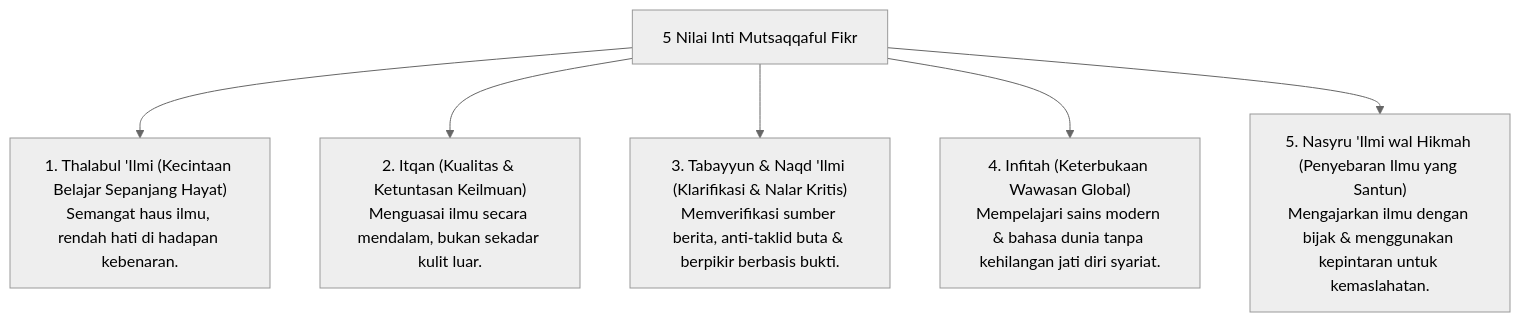
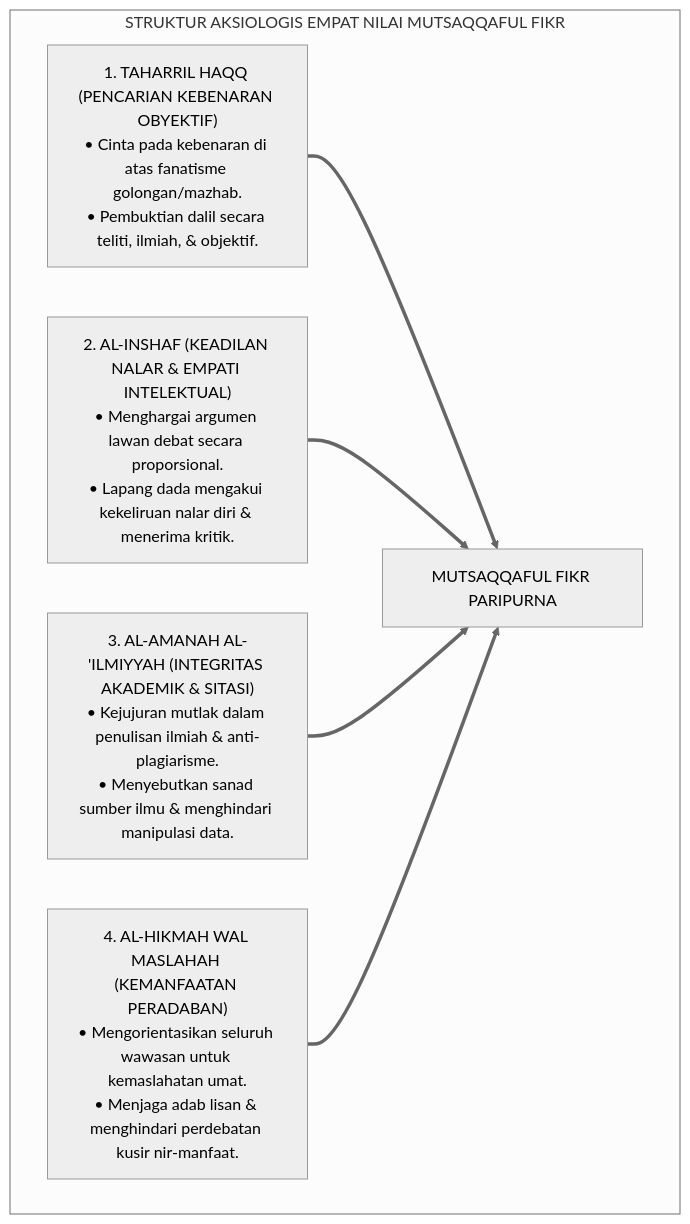
The sixth of 7 diagrams in 03 Capacity Framework/08 Mutsaqqaful Fikr/P3-08-04-Nilai-Inti-dan-Prinsip-Intelektual.md (wandiapriliyandi/tumbuh), drawn with Mermaid (neutral theme) before and after one commit. The commit also changed other lines of this file and 14 other files, not shown here.

Commit message:
docs(03-capacity): complete 15 research monographs for 08 Mutsaqqaful Fikr

````diff
--- a/03 Capacity Framework/08 Mutsaqqaful Fikr/P3-08-04-Nilai-Inti-dan-Prinsip-Intelektual.md
+++ b/03 Capacity Framework/08 Mutsaqqaful Fikr/P3-08-04-Nilai-Inti-dan-Prinsip-Intelektual.md
@@ -10,10 +179,14 @@
 ```mermaid
-graph TD
-    Values["5 Nilai Inti Mutsaqqaful Fikr"]
-    
-    Values --> V1["1. Thalabul 'Ilmi (Kecintaan Belajar Sepanjang Hayat)<br/>Semangat haus ilmu, rendah hati di hadapan kebenaran."]
-    Values --> V2["2. Itqan (Kualitas & Ketuntasan Keilmuan)<br/>Menguasai ilmu secara mendalam, bukan sekadar kulit luar."]
-    Values --> V3["3. Tabayyun & Naqd 'Ilmi (Klarifikasi & Nalar Kritis)<br/>Memverifikasi sumber berita, anti-taklid buta & berpikir berbasis bukti."]
-    Values --> V4["4. Infitah (Keterbukaan Wawasan Global)<br/>Mempelajari sains modern & bahasa dunia tanpa kehilangan jati diri syariat."]
-    Values --> V5["5. Nasyru 'Ilmi wal Hikmah (Penyebaran Ilmu yang Santun)<br/>Mengajarkan ilmu dengan bijak & menggunakan kepintaran untuk kemaslahatan."]
+flowchart TD
+    subgraph FormulasiEmpatNilaiIntelektual["STRUKTUR AKSIOLOGIS EMPAT NILAI MUTSAQQAFUL FIKR"]
+        Haqq["1. TAHARRIL HAQQ (PENCARIAN KEBENARAN OBYEKTIF)<br/>• Cinta pada kebenaran di atas fanatisme golongan/mazhab.<br/>• Pembuktian dalil secara teliti, ilmiah, & objektif."]
+        
+        Inshaf["2. AL-INSHAF (KEADILAN NALAR & EMPATI INTELEKTUAL)<br/>• Menghargai argumen lawan debat secara proporsional.<br/>• Lapang dada mengakui kekeliruan nalar diri & menerima kritik."]
+        
+        Amanah["3. AL-AMANAH AL-'ILMIYYAH (INTEGRITAS AKADEMIK & SITASI)<br/>• Kejujuran mutlak dalam penulisan ilmiah & anti-plagiarisme.<br/>• Menyebutkan sanad sumber ilmu & menghindari manipulasi data."]
+        
+        Hikmah["4. AL-HIKMAH WAL MASLAHAH (KEMANFAATAN PERADABAN)<br/>• Mengorientasikan seluruh wawasan untuk kemaslahatan umat.<br/>• Menjaga adab lisan & menghindari perdebatan kusir nir-manfaat."]
+        
+        Haqq & Inshaf & Amanah & Hikmah ==> Mahkota["MUTSAQQAFUL FIKR PARIPURNA"]
+    end
 ```
````
